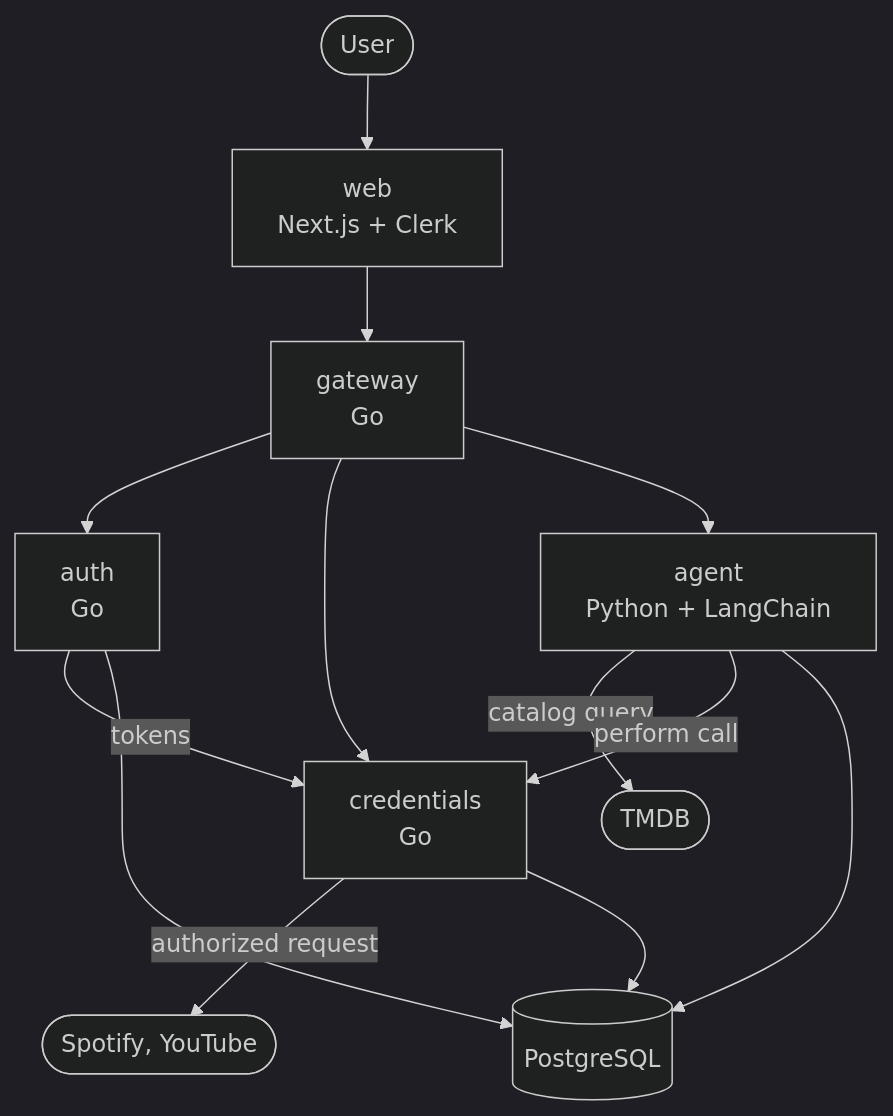
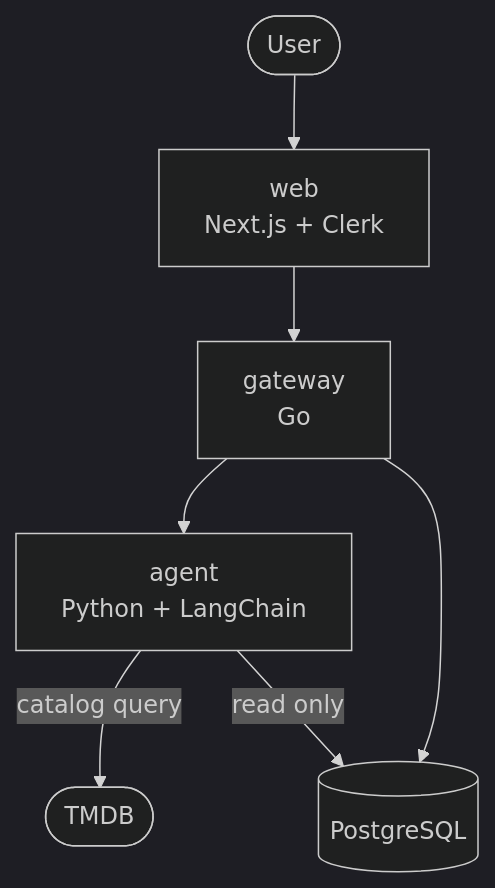
One commit to Skye967/holster changed the diagram in ARCHITECTURE.md. Above: the diagram before and after it, drawn with Mermaid (dark theme). The commit also changed other lines of this file and 8 other files, not shown here.

First line of the commit message:
Cut OAuth and the credential architecture

````diff
--- a/ARCHITECTURE.md
+++ b/ARCHITECTURE.md
@@ -5,15 +5,9 @@
 ```mermaid
 flowchart TD
     U([User]) --> W["web<br/>Next.js + Clerk"]
     W --> G["gateway<br/>Go"]
-    G --> A["auth<br/>Go"]
-    G --> C["credentials<br/>Go"]
     G --> AG["agent<br/>Python + LangChain"]
+    G --> DB[("PostgreSQL")]
     AG -->|"catalog query"| TMDB([TMDB])
-    AG -->|"perform call"| C
-    C -->|"authorized request"| EXT([Spotify, YouTube])
-    A -->|"tokens"| C
-    A --> DB[("PostgreSQL")]
-    C --> DB
-    AG --> DB
+    AG -->|"read only"| DB
 ```
````
